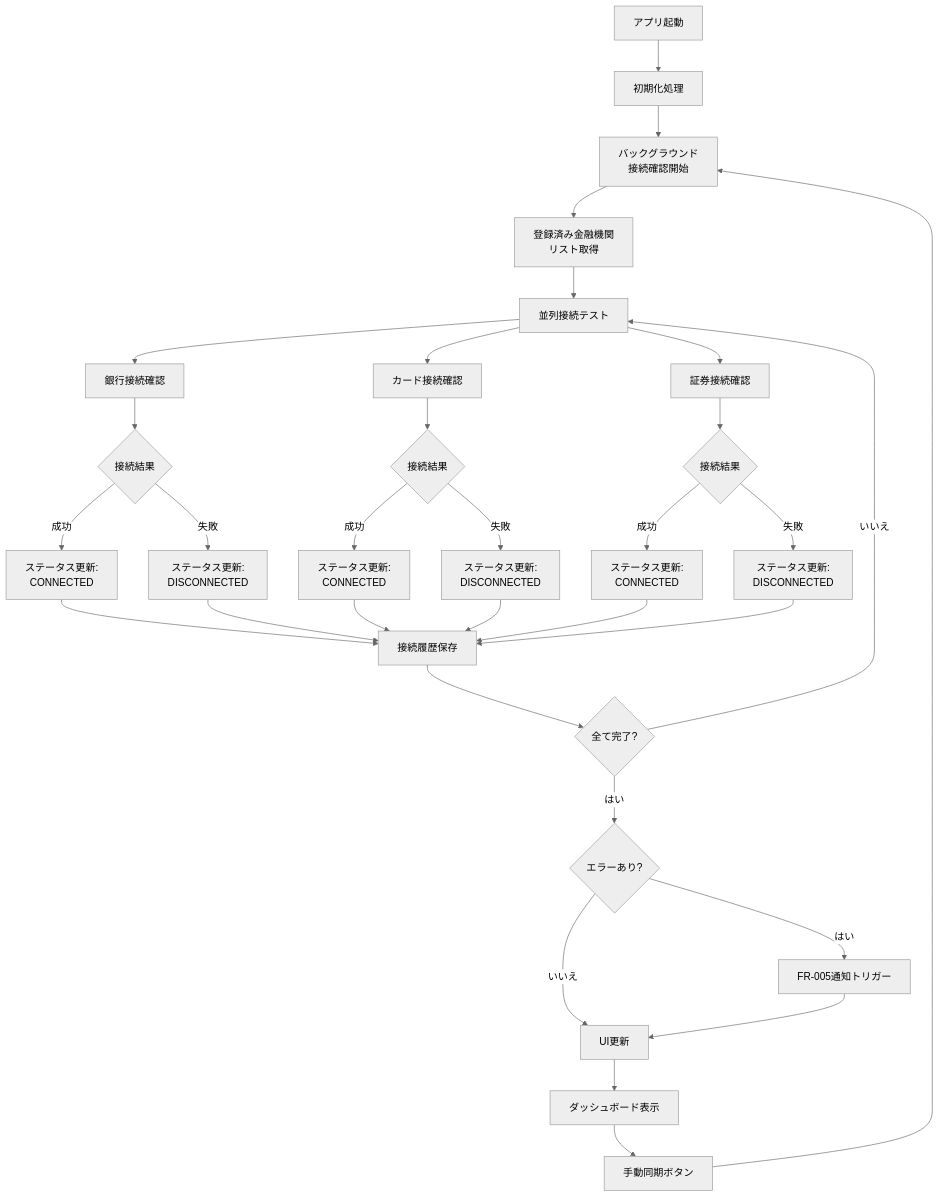
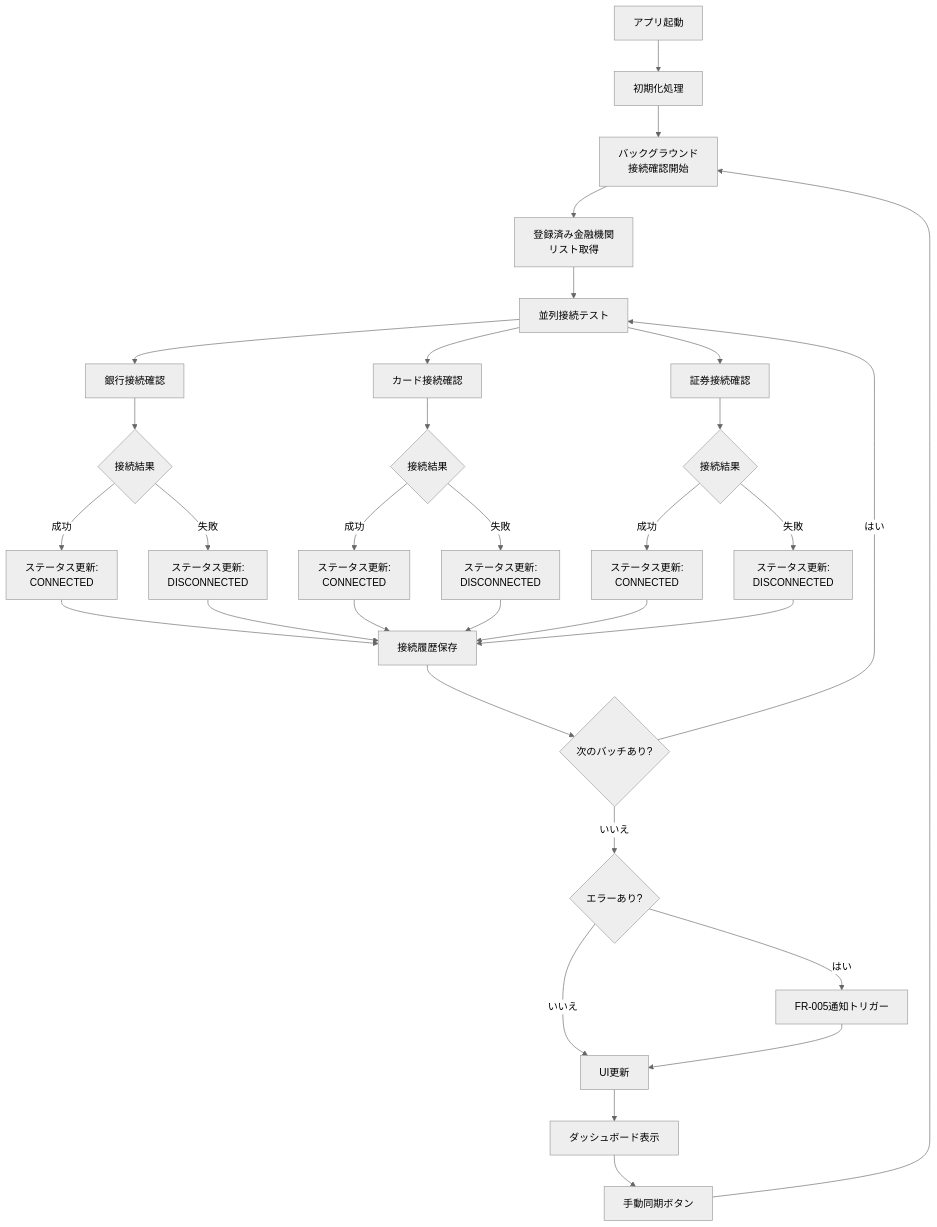
Before and after one commit to kencom2400/account-book: the fifth of 8 diagrams in docs/detailed-design/FR-001-005_institution-integration/screen-transitions.md, drawn with Mermaid (neutral theme). The commit also changed 3 other files, not shown here.

````diff
--- a/docs/detailed-design/FR-001-005_institution-integration/screen-transitions.md
+++ b/docs/detailed-design/FR-001-005_institution-integration/screen-transitions.md
@@ -195,45 +195,45 @@
 ```mermaid
 flowchart TD
     Start[アプリ起動] --> InitLoad[初期化処理]
     InitLoad --> BgCheck[バックグラウンド<br/>接続確認開始]
 
     BgCheck --> GetInstitutions[登録済み金融機関<br/>リスト取得]
     GetInstitutions --> ParallelCheck[並列接続テスト]
 
     ParallelCheck --> CheckBank[銀行接続確認]
     ParallelCheck --> CheckCard[カード接続確認]
     ParallelCheck --> CheckSec[証券接続確認]
 
     CheckBank --> BankResult{接続結果}
     CheckCard --> CardResult{接続結果}
     CheckSec --> SecResult{接続結果}
 
     BankResult -->|成功| UpdateBankStatus[ステータス更新:<br/>CONNECTED]
     BankResult -->|失敗| BankError[ステータス更新:<br/>DISCONNECTED]
 
     CardResult -->|成功| UpdateCardStatus[ステータス更新:<br/>CONNECTED]
     CardResult -->|失敗| CardError[ステータス更新:<br/>DISCONNECTED]
 
     SecResult -->|成功| UpdateSecStatus[ステータス更新:<br/>CONNECTED]
     SecResult -->|失敗| SecError[ステータス更新:<br/>DISCONNECTED]
 
     UpdateBankStatus --> SaveHistory[接続履歴保存]
     BankError --> SaveHistory
     UpdateCardStatus --> SaveHistory
     CardError --> SaveHistory
     UpdateSecStatus --> SaveHistory
     SecError --> SaveHistory
 
-    SaveHistory --> AllComplete{全て完了?}
-    AllComplete -->|はい| CheckErrors{エラーあり?}
-    AllComplete -->|いいえ| ParallelCheck
+    SaveHistory --> CheckBatch{次のバッチあり?}
+    CheckBatch -->|はい| ParallelCheck
+    CheckBatch -->|いいえ| CheckErrors{エラーあり?}
 
     CheckErrors -->|はい| TriggerNotif[FR-005通知トリガー]
     CheckErrors -->|いいえ| UpdateUI[UI更新]
 
     TriggerNotif --> UpdateUI
     UpdateUI --> Dashboard[ダッシュボード表示]
 
     Dashboard --> ManualSync[手動同期ボタン]
     ManualSync --> BgCheck
 ```
````
